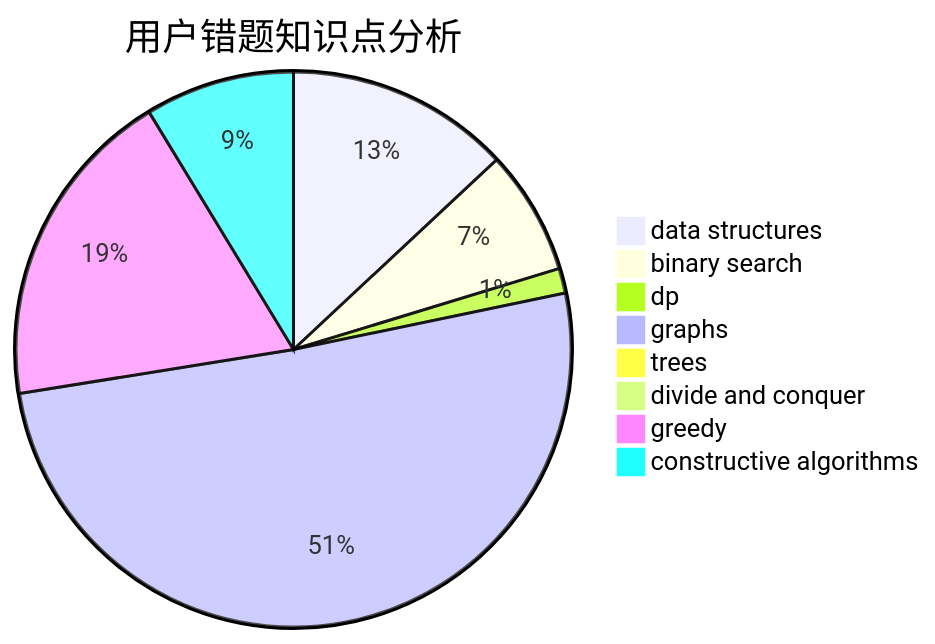
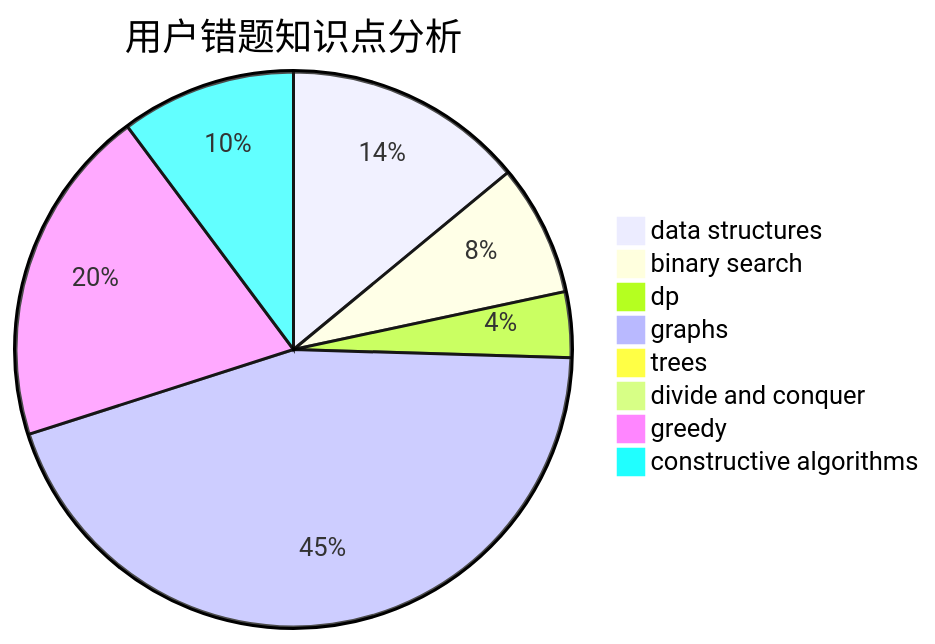
Before and after one commit to sherpahu/cfrs.github.io: the third of 3 diagrams in docs/user/u2338.md, drawn with Mermaid. The commit also changed other lines of this file and 2770 other files, not shown here.

````diff
--- a/docs/user/u2338.md
+++ b/docs/user/u2338.md
@@ -36,11 +36,11 @@
 ```mermaid
 pie title 用户错题知识点分析
-    "data structures" :  18
-    "binary search" :  10
-    "dp" :  2
+    "data structures" :  22
+    "binary search" :  12
+    "dp" :  6
     "graphs" :  70
     "trees" :  0
     "divide and conquer" :  0
-    "greedy" :  26
-    "constructive algorithms" :  12
+    "greedy" :  31
+    "constructive algorithms" :  16
 ```
````
